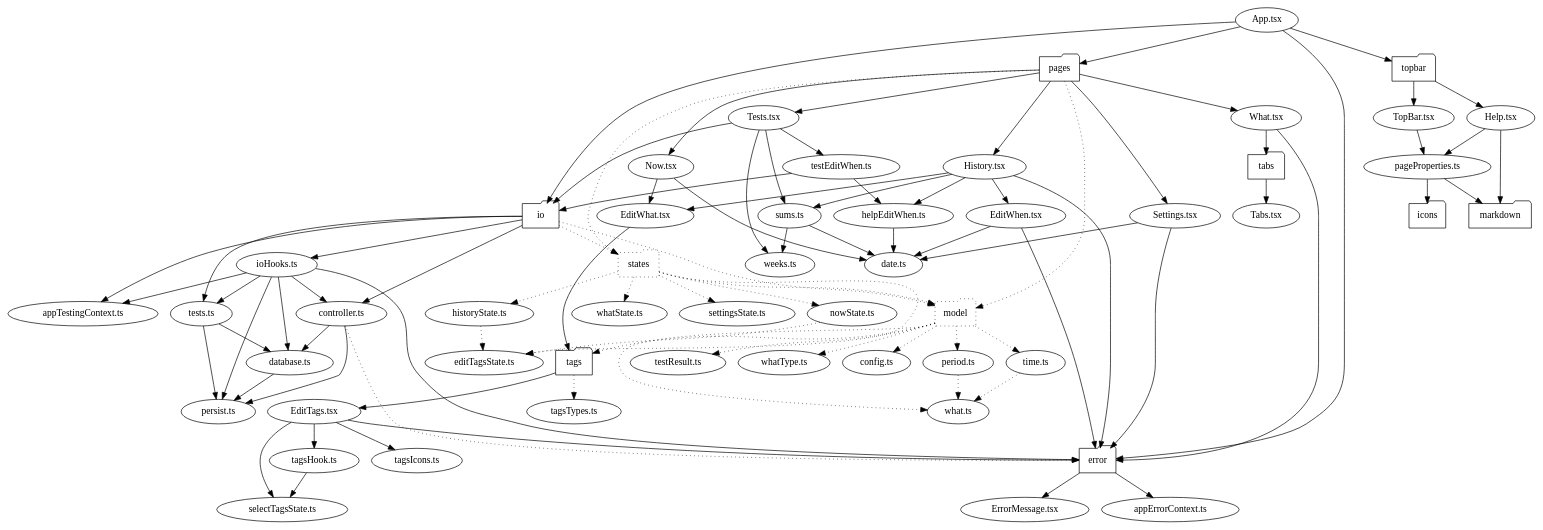
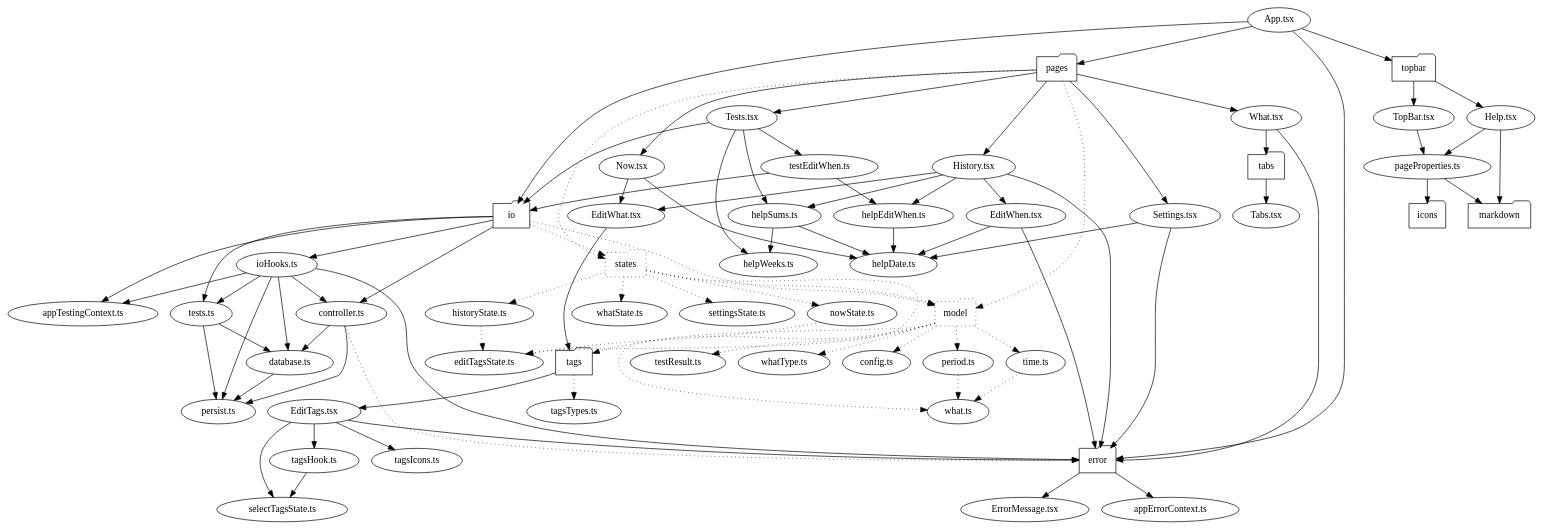
The diagram in dependencies/dependencies.dot (cwellsx/time), drawn with Graphviz before and after one commit. The commit also changed 9 other files, not shown here.

```diff
--- a/dependencies/dependencies.dot
+++ b/dependencies/dependencies.dot
@@ -1,72 +1,73 @@
 digraph SRC {
   "App.tsx" -> {"error" "io" "pages" "topbar"};
 
   "error" [shape=folder];
   "io" [shape=folder];
   "model" [shape=folder] [style=dotted];
   "pages" [shape=folder];
   "states" [shape=folder] [style=dotted];
   "tabs" [shape=folder];
   "tags" [shape=folder];
   "topbar" [shape=folder];
   "icons" [shape=folder];
   "markdown" [shape=folder];
   
   "error" -> {"ErrorMessage.tsx" "appErrorContext.ts"};
   "ErrorMessage.tsx" -> {};
   "appErrorContext.ts" -> {};
 
   "io" -> {"controller.ts" "ioHooks.ts" "tests.ts" "appTestingContext.ts"};
   "io" -> {"model" "states"} [style=dotted];
   "controller.ts" -> {"persist.ts" "database.ts"};
   "controller.ts" -> {"error"} [style=dotted];
   "database.ts" -> {"persist.ts"};
   "ioHooks.ts" -> {"controller.ts" "database.ts" "persist.ts" "tests.ts" "appTestingContext.ts" "error"};
   "tests.ts" -> {"database.ts" "persist.ts"};
   "persist.ts" -> {}
   "appTestingContext.ts" -> {};
 
   "model" -> {"config.ts" "period.ts" "testResult.ts" "time.ts" "tags" "whatType.ts" "what.ts"} [style=dotted];
   "config.ts" -> {} [style=dotted];
   "period.ts" -> {"what.ts"} [style=dotted];
   "testResult.ts" -> {} [style=dotted];
   "time.ts" -> {"what.ts"} [style=dotted];
   "what.ts" -> {} [style=dotted];
   "whatType.ts" -> {} [style=dotted];
 
   "pages" -> {"Now.tsx" "What.tsx" "History.tsx" "Settings.tsx" "Tests.tsx"};
   "pages" -> {"model" "states"} [style=dotted];
-  "date.ts" -> {};
-  "Now.tsx" -> {"date.ts" "EditWhat.tsx"};
+  "helpDate.ts" -> {};
+  "helpWeeks.ts" -> {};
+  "Now.tsx" -> {"helpDate.ts" "EditWhat.tsx"};
   "What.tsx" -> {"tabs" "error"};
-  "History.tsx" -> {"sums.ts" "EditWhat.tsx" "EditWhen.tsx" "helpEditWhen.ts" "error"};
-  "Settings.tsx" -> {"error" "date.ts"};
-  "Tests.tsx" -> {"weeks.ts" "sums.ts" "io" "testEditWhen.ts"};
-  "sums.ts" -> {"weeks.ts" "date.ts"};
+  "History.tsx" -> {"helpSums.ts" "EditWhat.tsx" "EditWhen.tsx" "helpEditWhen.ts" "error"};
+  "Settings.tsx" -> {"error" "helpDate.ts"};
+  "Tests.tsx" -> {"helpWeeks.ts" "helpSums.ts" "io" "testEditWhen.ts"};
+  "helpSums.ts" -> {"helpWeeks.ts" "helpDate.ts"};
   "testEditWhen.ts" -> {"helpEditWhen.ts" "io"};
-  "helpEditWhen.ts" -> {"date.ts"};
+  "helpEditWhen.ts" -> {"helpDate.ts"};
   "EditWhat.tsx" -> {"tags"};
-  "EditWhen.tsx" -> {"date.ts" "error"}
+  "EditWhen.tsx" -> {"helpDate.ts" "error"}
 
   "states" -> {"nowState.ts" "whatState.ts" "historyState.ts" "settingsState.ts" "editTagsState.ts" "model"} [style=dotted];
   "nowState.ts" -> {"editTagsState.ts"} [style=dotted];
   "whatState.ts" -> {} [style=dotted];
   "historyState.ts" -> {"editTagsState.ts"} [style=dotted];
   "settingsState.ts" -> {} [style=dotted];
   "editTagsState.ts" -> {} [style=dotted];
 
   "tabs" -> {"Tabs.tsx"};
   "Tabs.tsx" -> {};
 
   "tags" -> {"EditTags.tsx"};
   "tags" -> {"tagsTypes.ts"} [style=dotted];
   "EditTags.tsx" -> {"error" "selectTagsState.ts" "tagsHook.ts" "tagsIcons.ts"};
   "tagsHook.ts" -> {"selectTagsState.ts"};
   "tagsIcons.ts" -> {};
   "tagsTypes.ts" -> {} [style=dotted];
 
   "topbar" -> {"TopBar.tsx" "Help.tsx"};
   "TopBar.tsx" -> {"pageProperties.ts"};
   "pageProperties.ts" -> {"markdown" "icons"};
   "Help.tsx" -> {"markdown" "pageProperties.ts"};
 }
```
